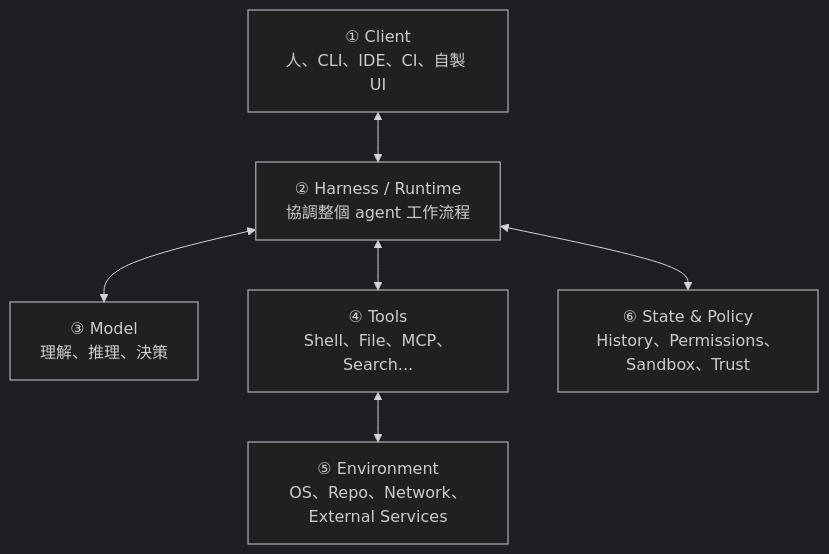
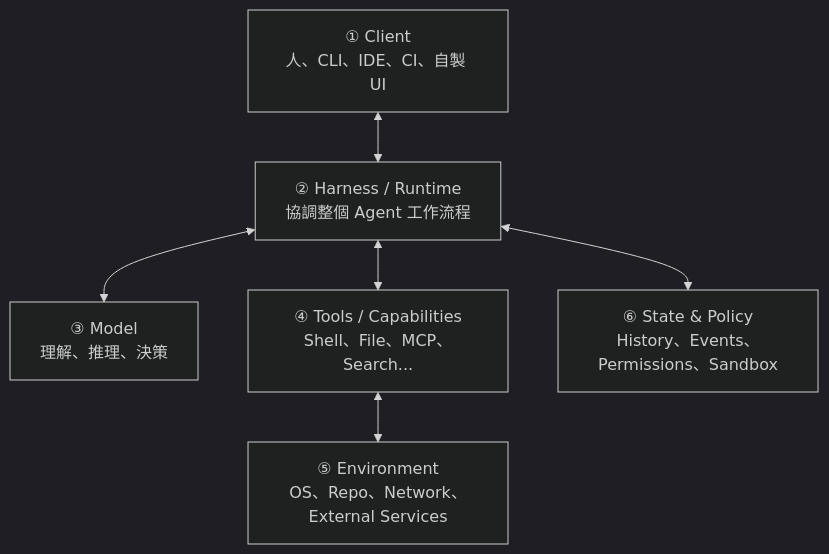
Before and after one commit to indigofeather/harness-book: the sixth of 6 diagrams in docs/learning-map.md, drawn with Mermaid (dark theme). The commit also changed other lines of this file, not shown here.

````diff
--- a/docs/learning-map.md
+++ b/docs/learning-map.md
@@ -169,15 +204,15 @@
 ```mermaid
 flowchart TB
   L1[① Client\n人、CLI、IDE、CI、自製 UI]
-  L2[② Harness / Runtime\n協調整個 agent 工作流程]
+  L2[② Harness / Runtime\n協調整個 Agent 工作流程]
   L3[③ Model\n理解、推理、決策]
-  L4[④ Tools\nShell、File、MCP、Search...]
+  L4[④ Tools / Capabilities\nShell、File、MCP、Search...]
   L5[⑤ Environment\nOS、Repo、Network、External Services]
-  L6[⑥ State & Policy\nHistory、Permissions、Sandbox、Trust]
+  L6[⑥ State & Policy\nHistory、Events、Permissions、Sandbox]
 
   L1 <--> L2
   L2 <--> L3
   L2 <--> L4
   L4 <--> L5
   L2 <--> L6
 ```
````
